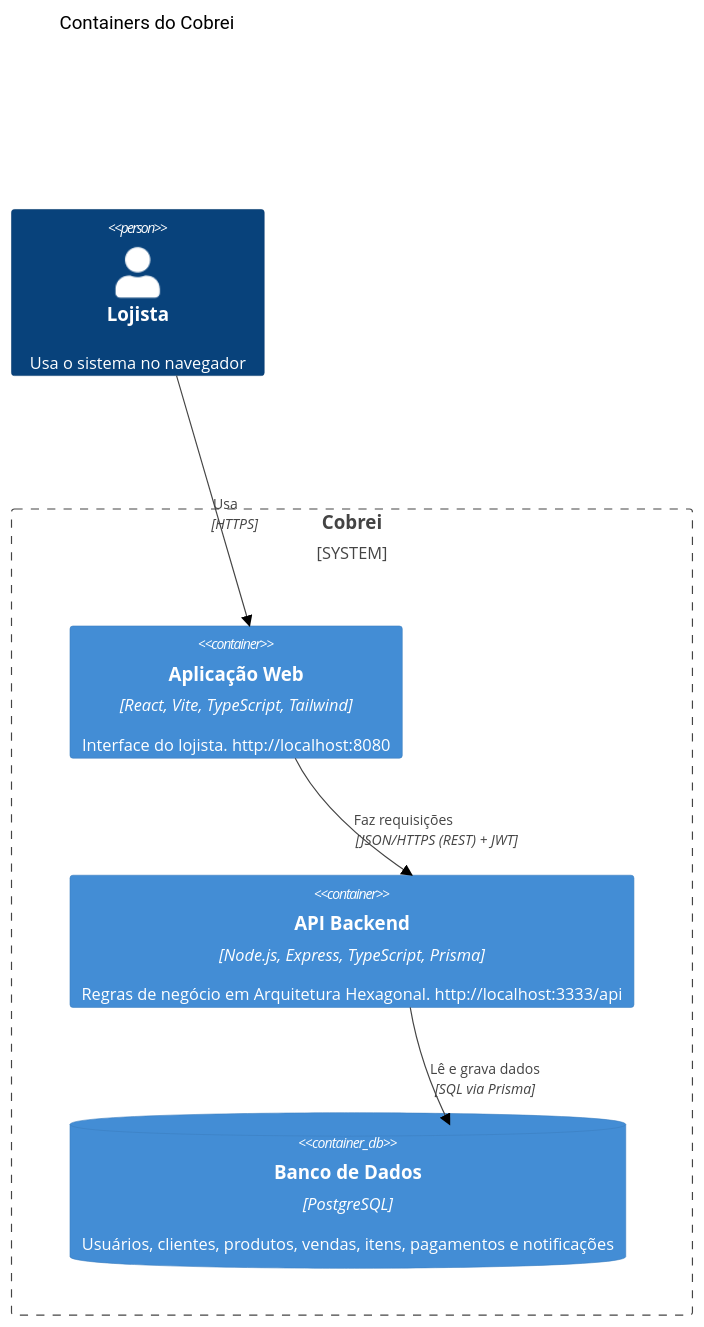
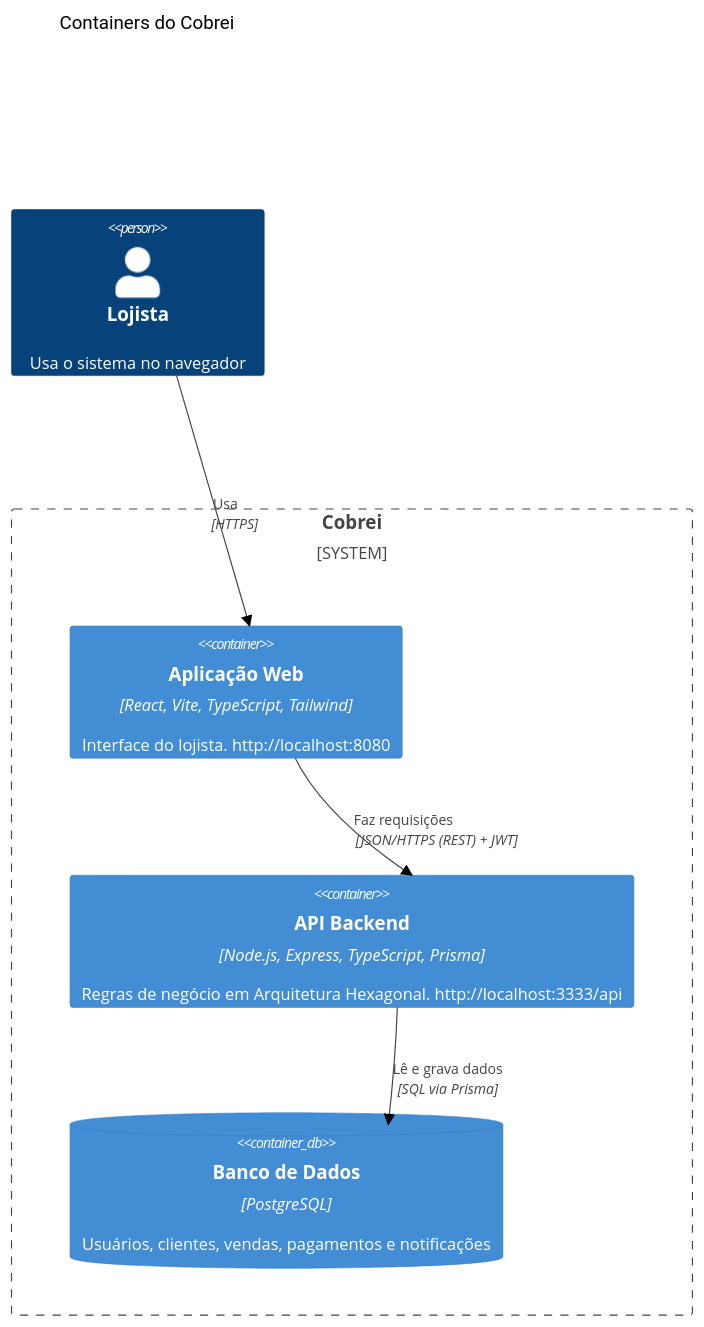
One commit to matheuszpher/cobrei changed the second of 5 diagrams in docs/c4/diagramas.md. Above: the diagram before and after it, drawn with Mermaid (neutral theme). The commit also changed other lines of this file and 7 other files, not shown here.

````diff
--- a/docs/c4/diagramas.md
+++ b/docs/c4/diagramas.md
@@ -25,16 +25,16 @@
 ```mermaid
 C4Container
     title Containers do Cobrei
 
     Person(lojista, "Lojista", "Usa o sistema no navegador")
 
     System_Boundary(fiado, "Cobrei") {
         Container(web, "Aplicação Web", "React, Vite, TypeScript, Tailwind", "Interface do lojista. http://localhost:8080")
         Container(api, "API Backend", "Node.js, Express, TypeScript, Prisma", "Regras de negócio em Arquitetura Hexagonal. http://localhost:3333/api")
-        ContainerDb(db, "Banco de Dados", "PostgreSQL", "Usuários, clientes, produtos, vendas, itens, pagamentos e notificações")
+        ContainerDb(db, "Banco de Dados", "PostgreSQL", "Usuários, clientes, vendas, pagamentos e notificações")
     }
 
     Rel(lojista, web, "Usa", "HTTPS")
     Rel(web, api, "Faz requisições", "JSON/HTTPS (REST) + JWT")
     Rel(api, db, "Lê e grava dados", "SQL via Prisma")
 ```
````
